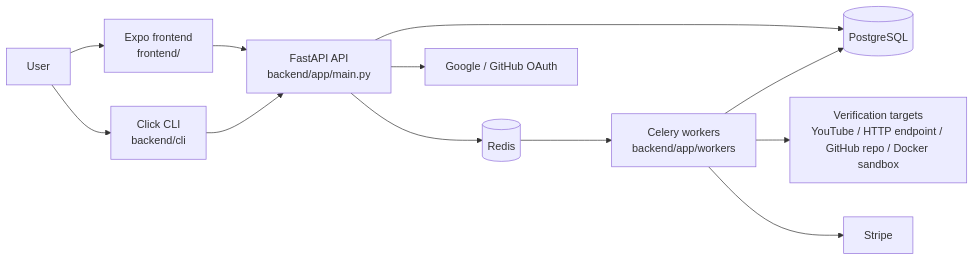
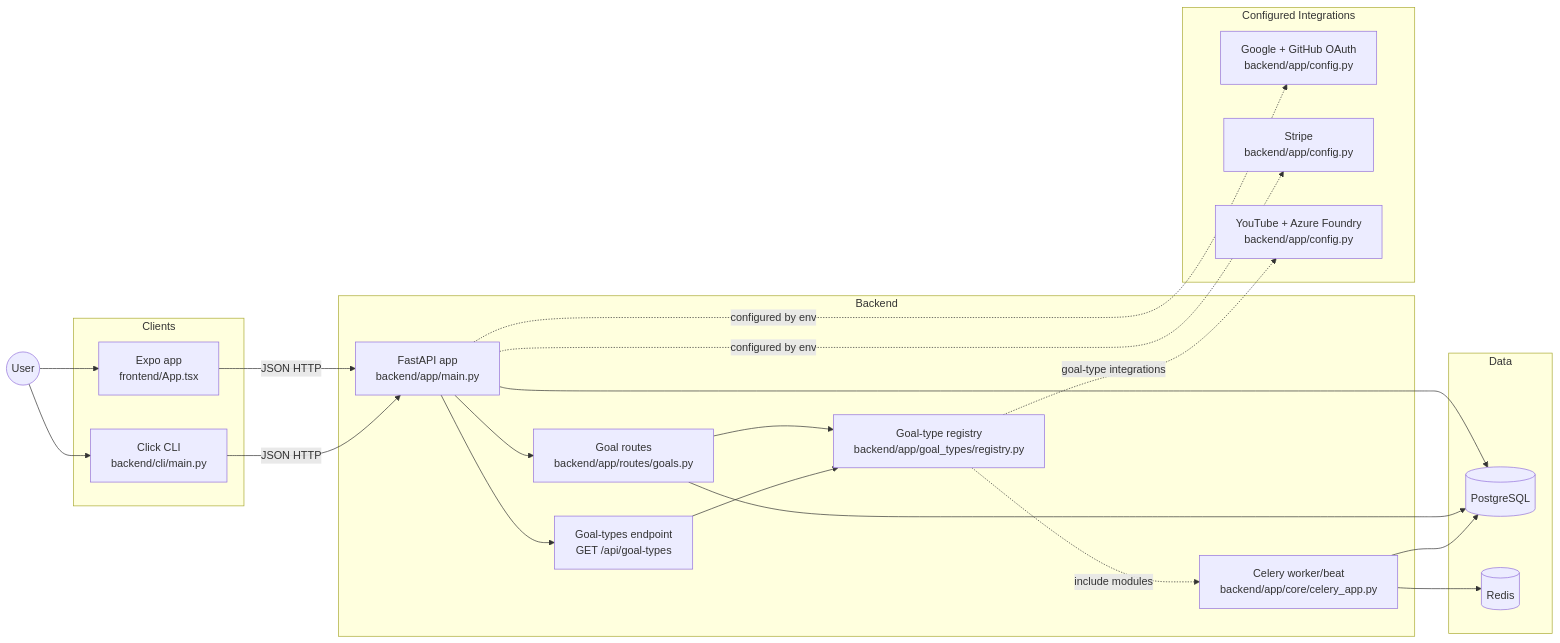
One commit to xvanov/sacrifice changed the first of 2 diagrams in context/architecture-diagrams.md. Above: the diagram before and after it, drawn with Mermaid. The commit also changed other lines of this file and 14 other files, not shown here.

````diff
--- a/context/architecture-diagrams.md
+++ b/context/architecture-diagrams.md
@@ -5,25 +5,45 @@
 ```mermaid
 flowchart LR
-    user[User]
-    frontend[Expo frontend\nfrontend/]
-    cli[Click CLI\nbackend/cli]
-    api[FastAPI API\nbackend/app/main.py]
-    db[(PostgreSQL)]
-    redis[(Redis)]
-    workers[Celery workers\nbackend/app/workers]
-    oauth[Google / GitHub OAuth]
-    verify[Verification targets\nYouTube / HTTP endpoint / GitHub repo / Docker sandbox]
-    stripe[Stripe]
+    User((User))
 
-    user --> frontend
-    user --> cli
-    frontend --> api
-    cli --> api
-    api --> db
-    api --> redis
-    redis --> workers
-    workers --> db
-    api --> oauth
-    workers --> verify
-    workers --> stripe
+    subgraph Clients
+        Mobile[Expo app\nfrontend/App.tsx]
+        CLI[Click CLI\nbackend/cli/main.py]
+    end
+
+    subgraph Backend
+        API[FastAPI app\nbackend/app/main.py]
+        Goals[Goal routes\nbackend/app/routes/goals.py]
+        GoalTypes[Goal-types endpoint\nGET /api/goal-types]
+        Registry[Goal-type registry\nbackend/app/goal_types/registry.py]
+        Workers[Celery worker/beat\nbackend/app/core/celery_app.py]
+    end
+
+    subgraph Data
+        Postgres[(PostgreSQL)]
+        Redis[(Redis)]
+    end
+
+    subgraph Configured Integrations
+        OAuth[Google + GitHub OAuth\nbackend/app/config.py]
+        Stripe[Stripe\nbackend/app/config.py]
+        External[YouTube + Azure Foundry\nbackend/app/config.py]
+    end
+
+    User --> Mobile
+    User --> CLI
+    Mobile -->|JSON HTTP| API
+    CLI -->|JSON HTTP| API
+    API --> Goals
+    API --> GoalTypes
+    Goals --> Registry
+    GoalTypes --> Registry
+    API --> Postgres
+    Goals --> Postgres
+    Workers --> Redis
+    Workers --> Postgres
+    Registry -. include modules .-> Workers
+    API -. configured by env .-> OAuth
+    API -. configured by env .-> Stripe
+    Registry -. goal-type integrations .-> External
 ```
````
